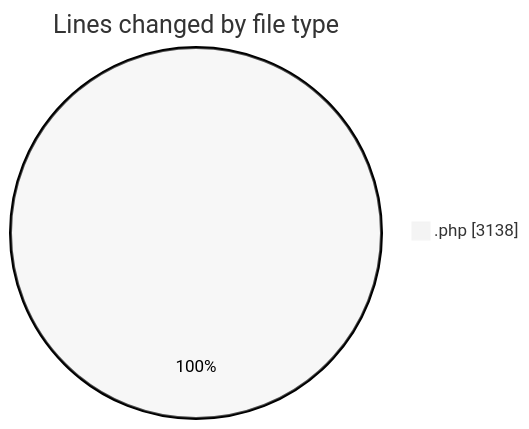
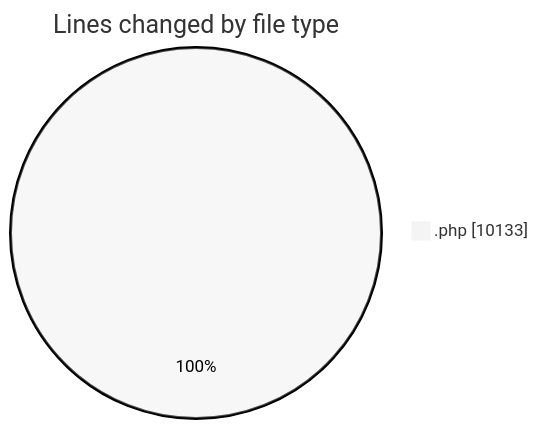
Before and after one commit to vahidmafi/code-tracking: the first of 2 diagrams in 2025-11-09/shop/README.md, drawn with Mermaid (neutral theme). The commit also changed other lines of this file and 1 other file, not shown here.

````diff
--- a/2025-11-09/shop/README.md
+++ b/2025-11-09/shop/README.md
@@ -37,5 +77,5 @@
 ```mermaid
 pie showData
 title Lines changed by file type
-".php" : 3138
+".php" : 10133
 ```
````
